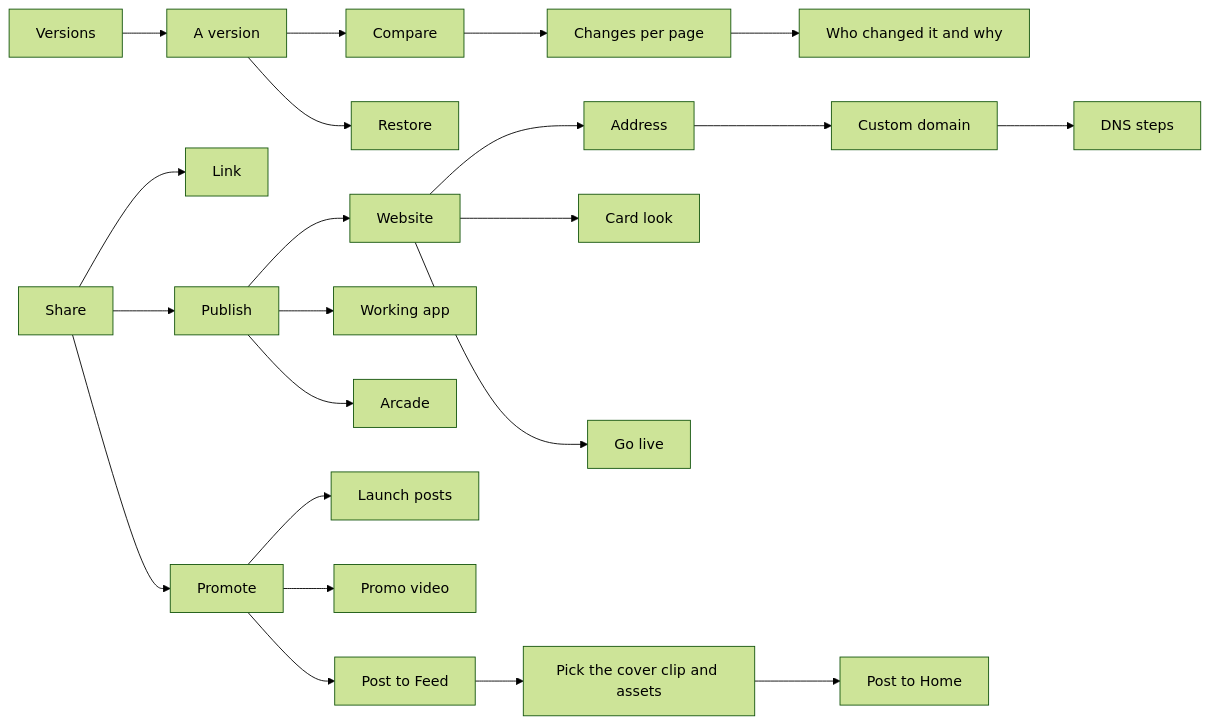
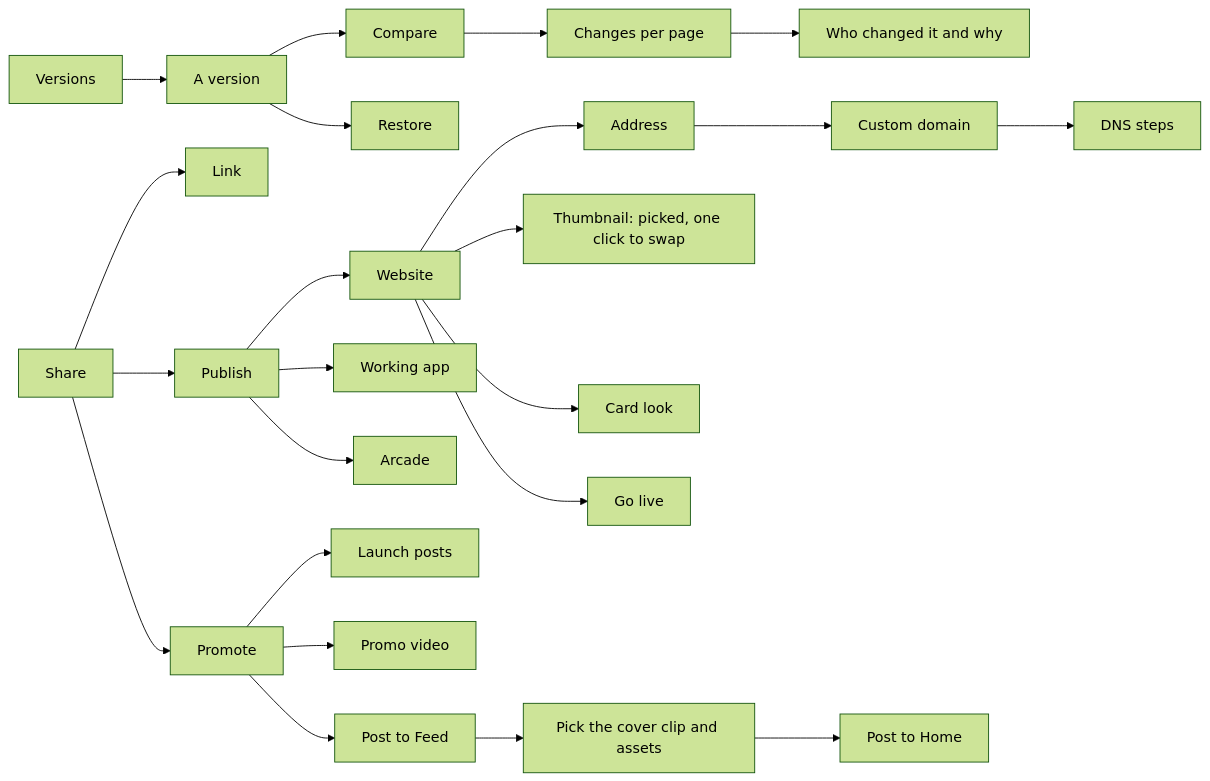
Diagram 11 of 26 in docs/ux/SITEMAP.md (Pukujan/swarm-studio), drawn with Mermaid (forest theme) before and after one commit. The commit also changed 12 other files, not shown here.

First line of the commit message:
Search and share: the thumbnail is picked at publish with no one asked, one click swaps it

````diff
--- a/docs/ux/SITEMAP.md
+++ b/docs/ux/SITEMAP.md
@@ -328,24 +328,25 @@
 ```mermaid
 flowchart LR
   VER[Versions] --> V1[A version]
   V1 --> V2[Compare]
   V1 --> V3[Restore]
   V2 --> V4[Changes per page]
   V4 --> V5[Who changed it and why]
   SHR[Share] --> S1[Link]
   SHR --> S2[Publish]
   SHR --> S3[Promote]
   S2 --> W1[Website]
   S2 --> W2[Working app]
   S2 --> W3[Arcade]
   W1 --> W4[Address]
+  W1 --> WT["Thumbnail: picked, one click to swap"]
   W1 --> W5[Card look]
   W1 --> W6[Go live]
   W4 --> W7[Custom domain]
   W7 --> W8[DNS steps]
   S3 --> P1[Launch posts]
   S3 --> P2[Promo video]
   S3 --> P3[Post to Feed]
   P3 --> P4["Pick the cover clip and assets"]
   P4 --> P5[Post to Home]
 ```
````
